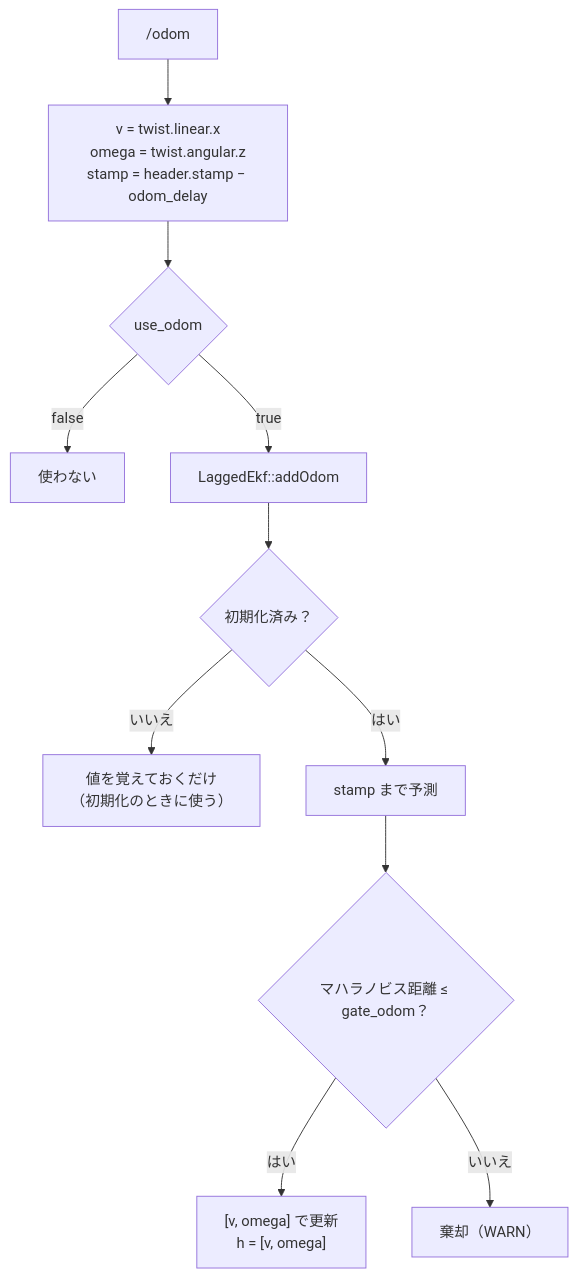
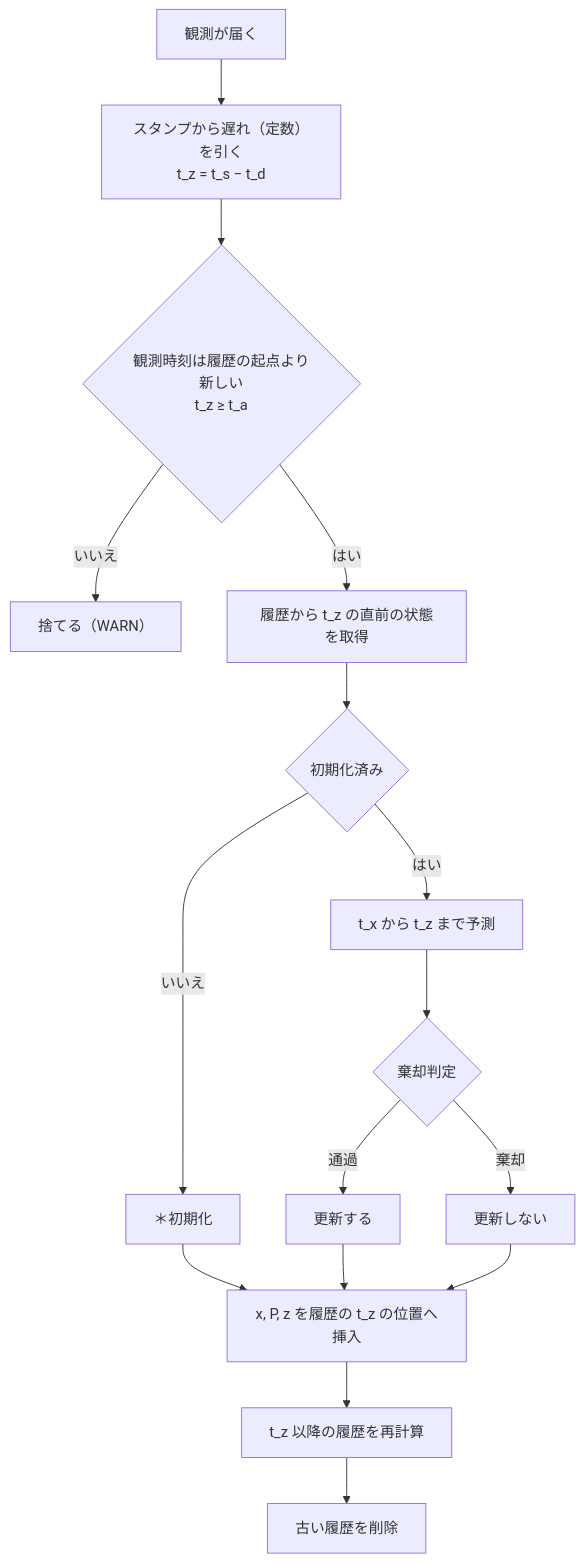
Before and after one commit to MaeharaTakumi/ekf_localizer: the second of 4 diagrams in docs/ekf_flow.md, drawn with Mermaid. The commit also changed other lines of this file and 13 other files, not shown here.

First line of the commit message:
feat: Enhance EKF with NDT delay handling and improve update mechanisms

````diff
--- a/docs/ekf_flow.md
+++ b/docs/ekf_flow.md
@@ -64,13 +93,18 @@
 ```mermaid
 flowchart TD
-  A["/odom"] --> B["v = twist.linear.x<br/>omega = twist.angular.z<br/>stamp = header.stamp − odom_delay"]
-  B --> C{"use_odom"}
-  C -->|false| X["使わない"]
-  C -->|true| D["LaggedEkf::addOdom"]
-  D --> E{"初期化済み？"}
-  E -->|いいえ| F["値を覚えておくだけ<br/>（初期化のときに使う）"]
-  E -->|はい| G["stamp まで予測"]
-  G --> H{"マハラノビス距離 ≤ gate_odom？"}
-  H -->|はい| I["[v, omega] で更新<br/>h = [v, omega]"]
-  H -->|いいえ| J["棄却（WARN）"]
+  A["観測が届く"] --> B["スタンプから遅れ（定数）を引く<br/>t_z = t_s − t_d"]
+  B --> C{"観測時刻は履歴の起点より新しい<br/>t_z ≥ t_a"}
+  C -->|いいえ| X["捨てる（WARN）"]
+  C -->|はい| D["履歴から t_z の直前の状態を取得"]
+  D --> E{"初期化済み"}
+  E -->|いいえ| F["＊初期化"]
+  E -->|はい| G["t_x から t_z まで予測"]
+  G --> I{"棄却判定"}
+  I -->|通過| J["更新する"]
+  I -->|棄却| K["更新しない"]
+  F --> L["x, P, z を履歴の t_z の位置へ挿入"]
+  J --> L
+  K --> L
+  L --> N["t_z 以降の履歴を再計算"]
+  N --> P["古い履歴を削除"]
 ```
````
